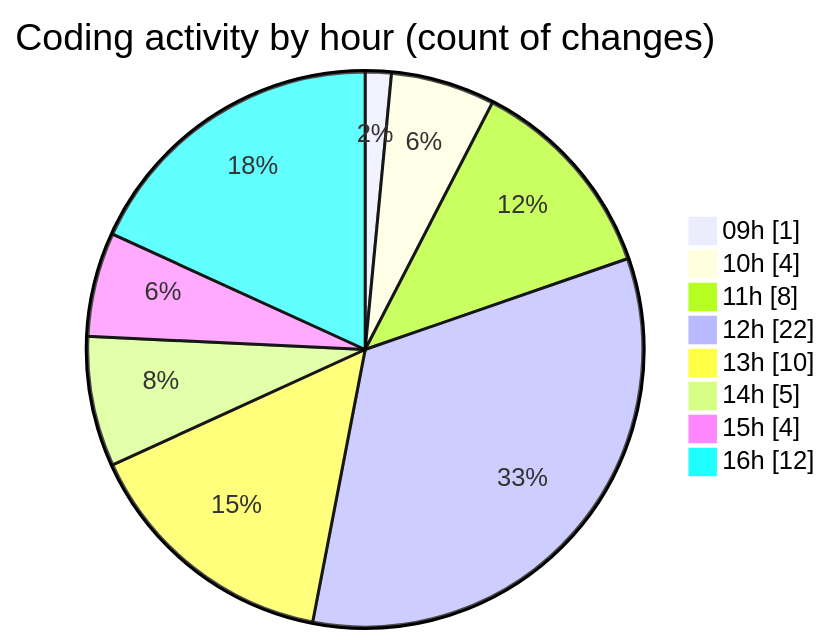
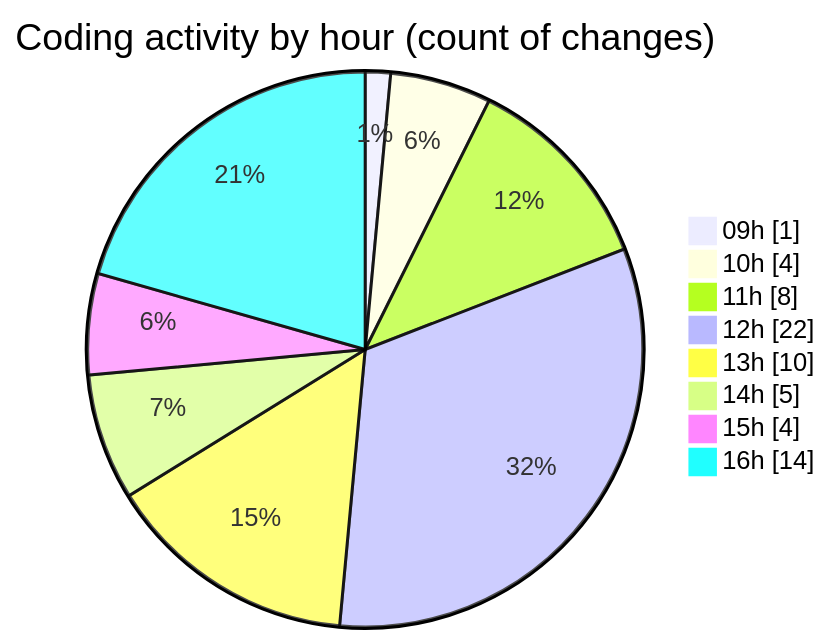
One commit to momahboobian/code-tracking changed the second of 2 diagrams in 2025-10-21/cda/README.md. Above: the diagram before and after it, drawn with Mermaid. The commit also changed other lines of this file and 1 other file, not shown here.

````diff
--- a/2025-10-21/cda/README.md
+++ b/2025-10-21/cda/README.md
@@ -43,12 +43,12 @@
 ```mermaid
 pie showData
 title Coding activity by hour (count of changes)
 "09h" : 1
 "10h" : 4
 "11h" : 8
 "12h" : 22
 "13h" : 10
 "14h" : 5
 "15h" : 4
-"16h" : 12
+"16h" : 14
 ```
````
